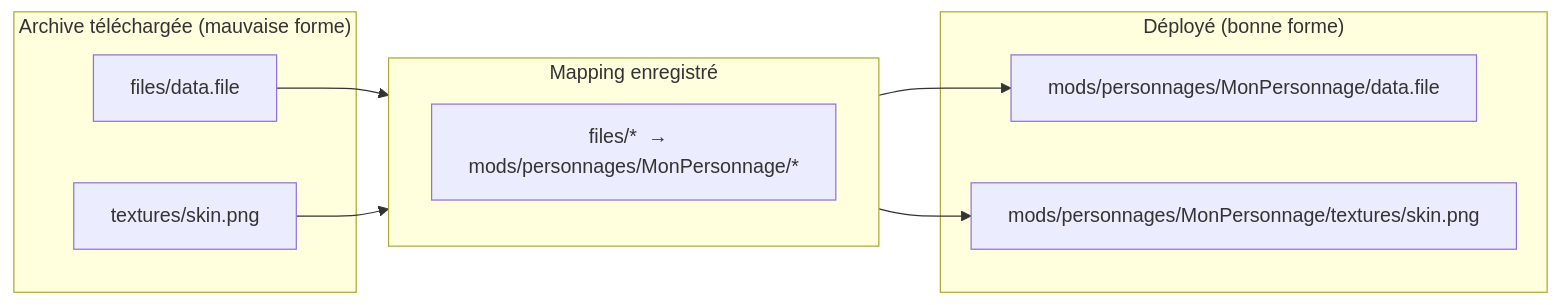
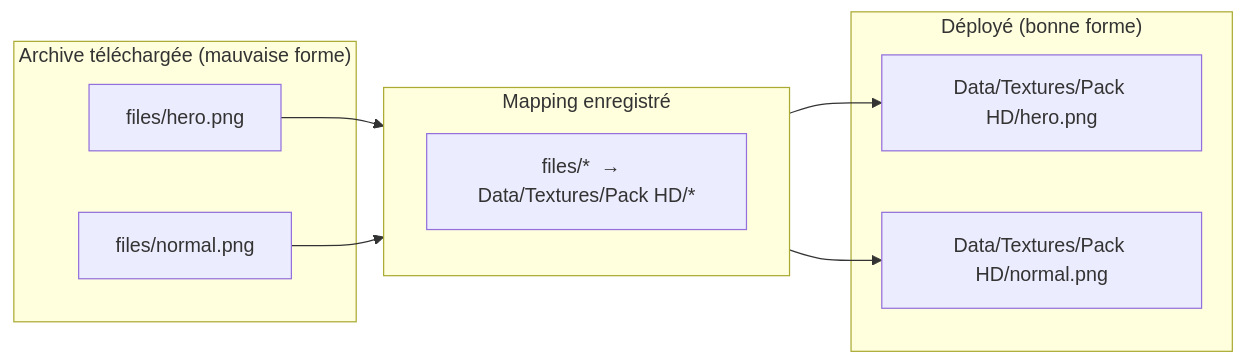
Before and after one commit to FreeProject089/BMM-Docs: the diagram in docs/how-it-works/mapper.fr.md, drawn with Mermaid. The commit also changed other lines of this file and 1 other file, not shown here.

First line of the commit message:
docs: concrete mapper example (HD Texture Pack / Data / Textures)

````diff
--- a/docs/how-it-works/mapper.fr.md
+++ b/docs/how-it-works/mapper.fr.md
@@ -31,16 +31,16 @@
 ```mermaid
 flowchart LR
     subgraph Archive["Archive téléchargée (mauvaise forme)"]
-        F1["files/data.file"]
-        F2["textures/skin.png"]
+        F1["files/hero.png"]
+        F2["files/normal.png"]
     end
     subgraph Map["Mapping enregistré"]
-        M["files/*  →  mods/personnages/MonPersonnage/*"]
+        M["files/*  →  Data/Textures/Pack HD/*"]
     end
     subgraph Game["Déployé (bonne forme)"]
-        G1["mods/personnages/MonPersonnage/data.file"]
-        G2["mods/personnages/MonPersonnage/textures/skin.png"]
+        G1["Data/Textures/Pack HD/hero.png"]
+        G2["Data/Textures/Pack HD/normal.png"]
     end
     F1 --> Map --> G1
     F2 --> Map --> G2
 ```
````
